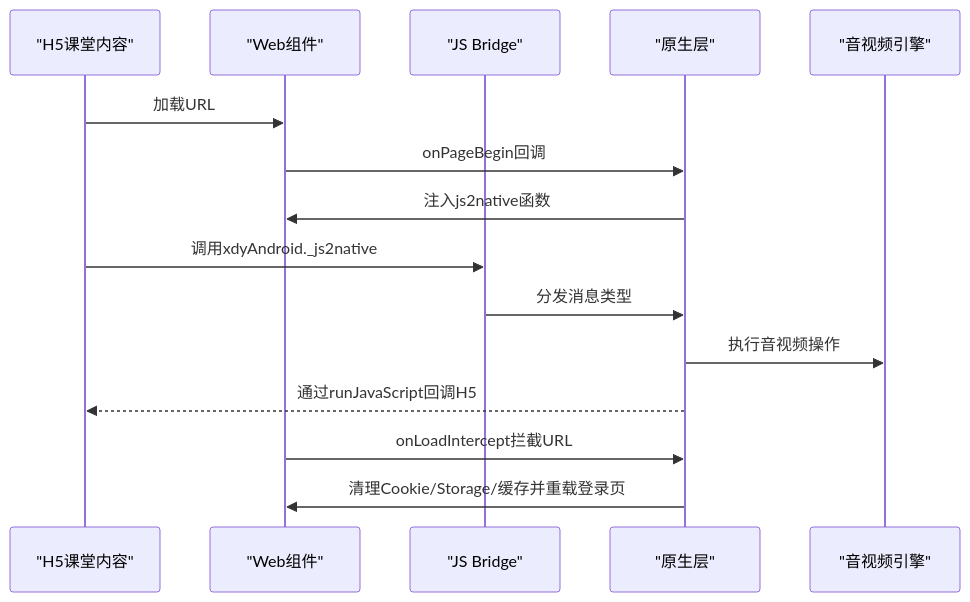
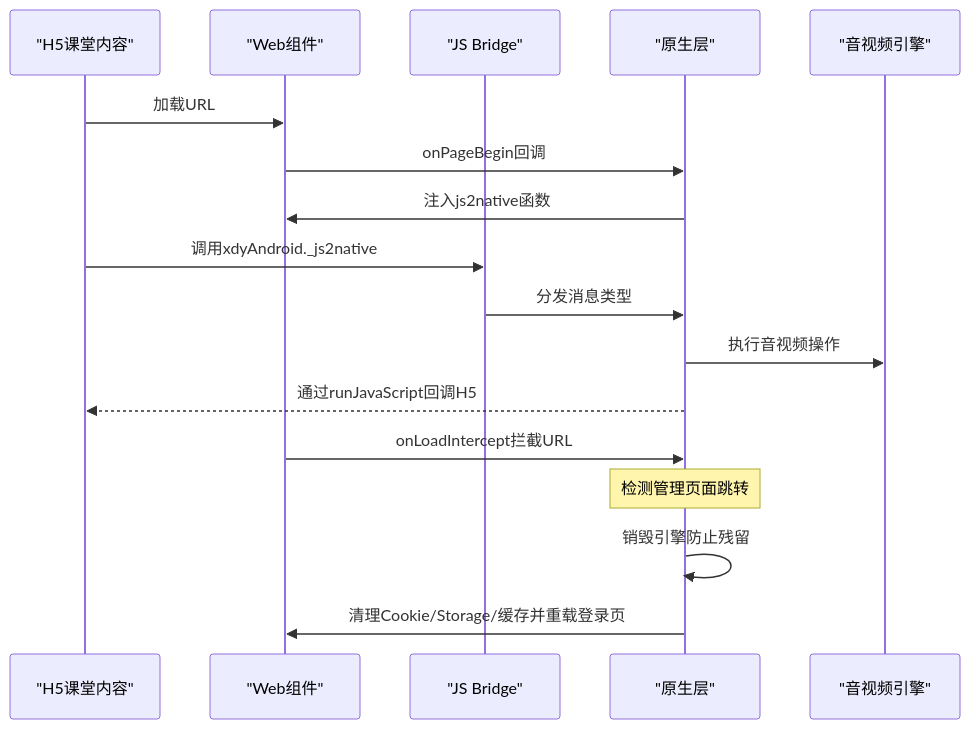
The second of 8 diagrams in .qoder/repowiki/zh/content/主要功能模块/WebView容器管理.md (huz1xuan/harmony_XDY), drawn with Mermaid before and after one commit. The commit also changed other lines of this file and 15 other files, not shown here.

````diff
--- a/.qoder/repowiki/zh/content/主要功能模块/WebView容器管理.md
+++ b/.qoder/repowiki/zh/content/主要功能模块/WebView容器管理.md
@@ -86,17 +94,19 @@
 ```mermaid
 sequenceDiagram
 participant H5 as "H5课堂内容"
 participant Web as "Web组件"
 participant Bridge as "JS Bridge"
 participant Native as "原生层"
 participant RTC as "音视频引擎"
 H5->>Web : 加载URL
 Web->>Native : onPageBegin回调
 Native->>Web : 注入js2native函数
 H5->>Bridge : 调用xdyAndroid._js2native
 Bridge->>Native : 分发消息类型
 Native->>RTC : 执行音视频操作
 Native-->>H5 : 通过runJavaScript回调H5
 Web->>Native : onLoadIntercept拦截URL
+Note over Native : 检测管理页面跳转
+Native->>Native : 销毁引擎防止残留
 Native->>Web : 清理Cookie/Storage/缓存并重载登录页
 ```
````
